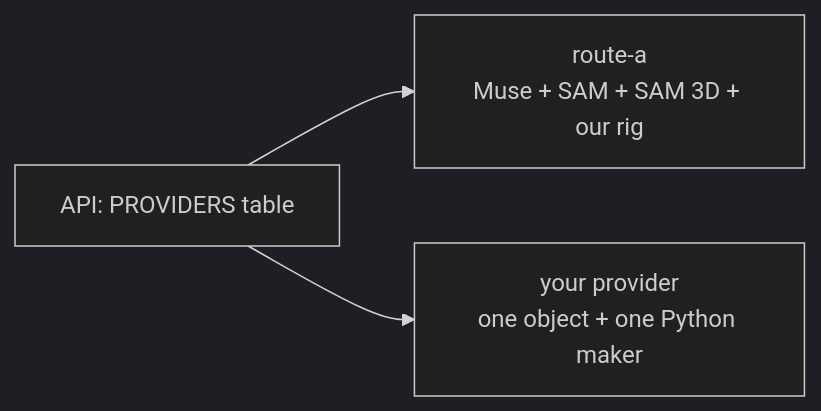
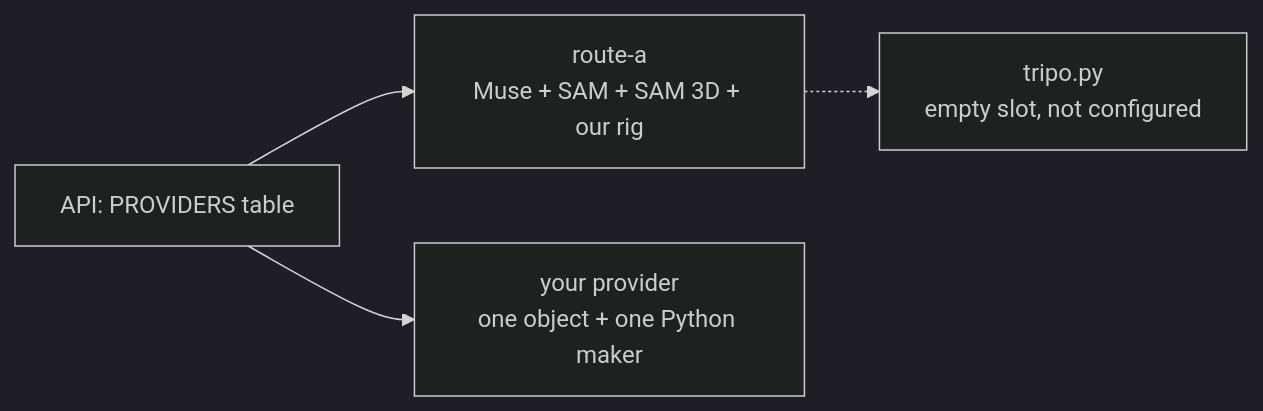
One commit to gitgithan/conquercourse changed the third of 4 diagrams in docs/character-pipeline.md. Above: the diagram before and after it, drawn with Mermaid (dark theme). The commit also changed other lines of this file and 4 other files, not shown here.

````diff
--- a/docs/character-pipeline.md
+++ b/docs/character-pipeline.md
@@ -66,5 +66,6 @@
 ```mermaid
 flowchart LR
   API["API: PROVIDERS table"] --> A["route-a<br/>Muse + SAM + SAM 3D + our rig"]
   API --> N["your provider<br/>one object + one Python maker"]
+  A -.-> T["tripo.py<br/>empty slot, not configured"]
 ```
````
